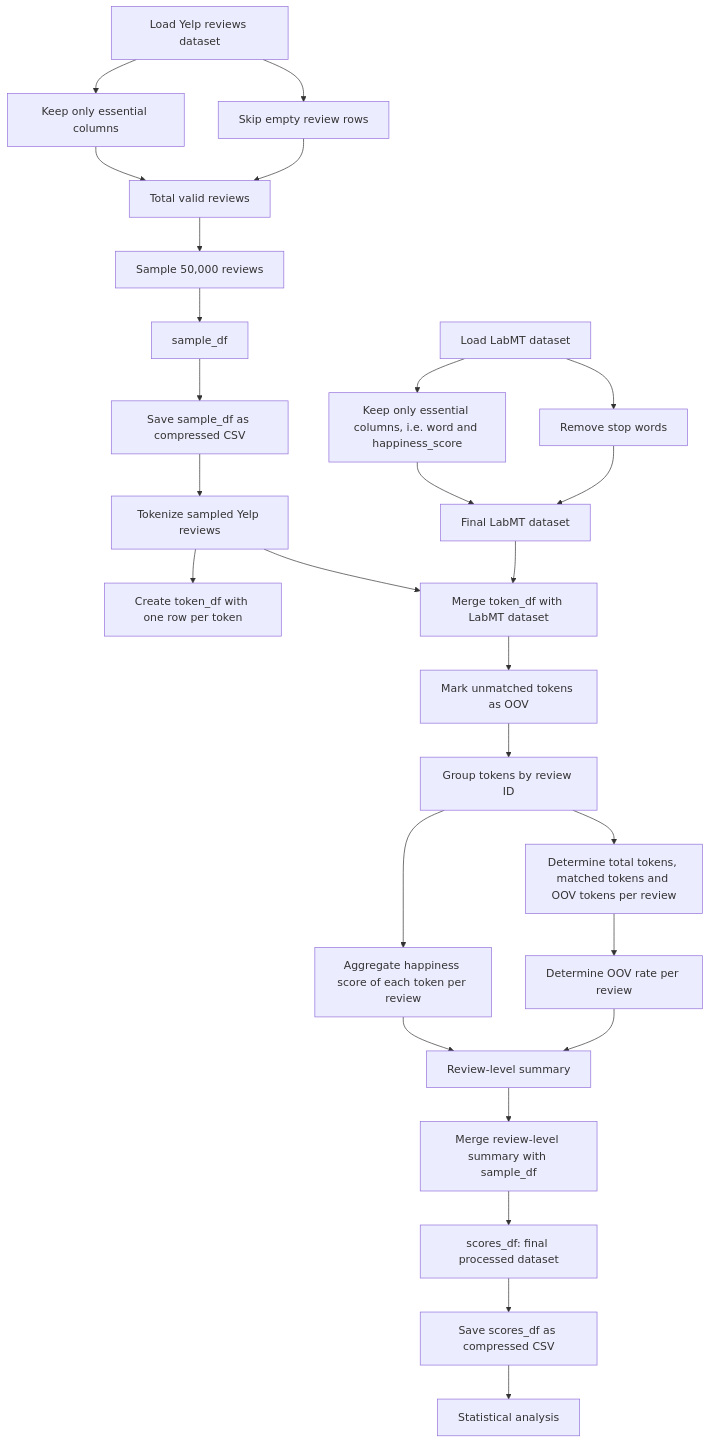
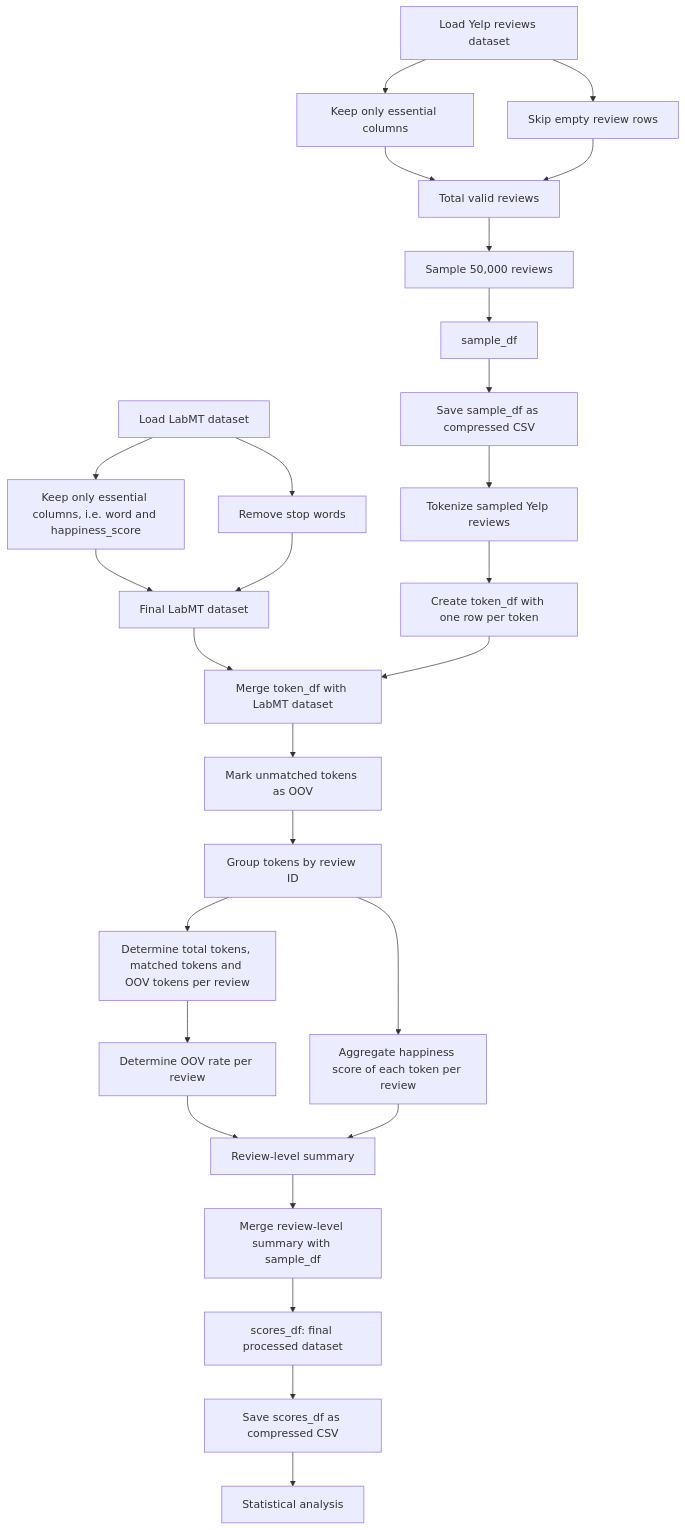
One commit to jtjgbnnvxf-creator/hedonometer changed the diagram in README.md. Above: the diagram before and after it, drawn with Mermaid.

Commit message:
correct flowchart

````diff
--- a/README.md
+++ b/README.md
@@ -7,29 +7,29 @@
 ```mermaid
 flowchart TD
     A[Load Yelp reviews dataset] --> B[Keep only essential columns]
     A --> C[Skip empty review rows]
     B --> D[Total valid reviews]
     C --> D
     D --> E[Sample 50,000 reviews]
     E --> F[sample_df]
     F --> G[Save sample_df as compressed CSV]
     G --> H[Tokenize sampled Yelp reviews]
     H --> I[Create token_df with one row per token]
     J[Load LabMT dataset] --> K[Keep only essential columns, i.e. word and happiness_score]
     J --> L[Remove stop words]
     K --> M[Final LabMT dataset]
     L --> M
     M --> N[Merge token_df with LabMT dataset]
-    H --> N
+    I --> N
     N --> O[Mark unmatched tokens as OOV]
     O --> P[Group tokens by review ID]
     P --> Q[Aggregate happiness score of each token per review]
     P --> R[Determine total tokens, matched tokens and OOV tokens per review]
     R --> S[Determine OOV rate per review]
     S --> T[Review-level summary]
     Q --> T
     T --> U[Merge review-level summary with sample_df]
     U --> V[scores_df: final processed dataset]
     V --> W[Save scores_df as compressed CSV]
     W --> X[Statistical analysis]
 ```
````
